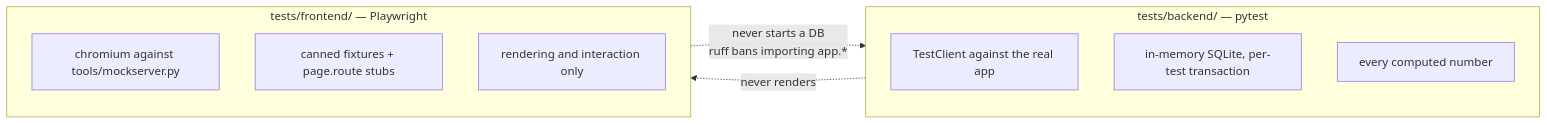
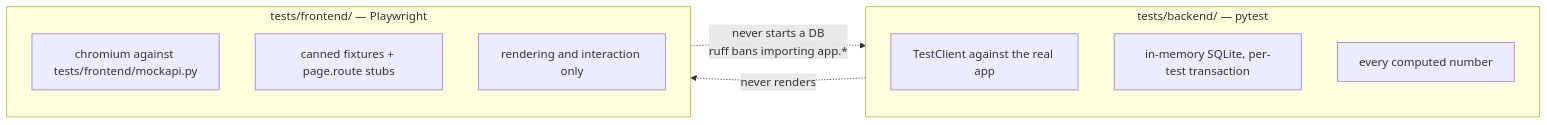
Before and after one commit to pehala/tripaccounter: the sixth of 7 diagrams in design/ARCHITECTURE.md, drawn with Mermaid. The commit also changed 10 other files, not shown here.

First line of the commit message:
refactor(tests): run the Playwright suite on mockapi

````diff
--- a/design/ARCHITECTURE.md
+++ b/design/ARCHITECTURE.md
@@ -204,19 +204,19 @@
 ```mermaid
 flowchart LR
     subgraph backend["tests/backend/ — pytest"]
         direction TB
         b1["TestClient against the real app"]
         b2["in-memory SQLite, per-test transaction"]
         b3["every computed number"]
     end
 
     subgraph frontend["tests/frontend/ — Playwright"]
         direction TB
-        f1["chromium against tools/mockserver.py"]
+        f1["chromium against tests/frontend/mockapi.py"]
         f2["canned fixtures + page.route stubs"]
         f3["rendering and interaction only"]
     end
 
     backend -.->|"never renders"| frontend
     frontend -.->|"never starts a DB<br/>ruff bans importing app.*"| backend
 ```
````
